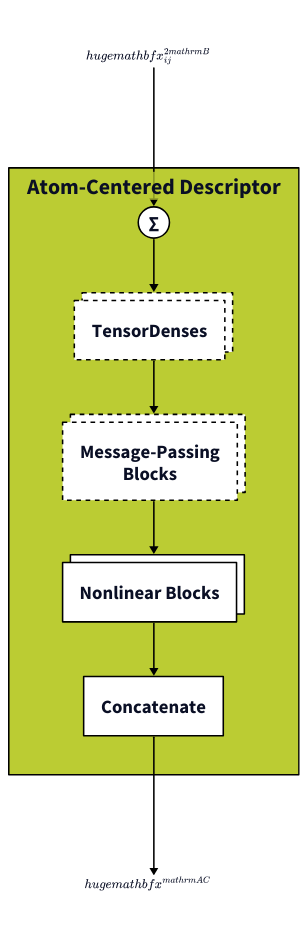
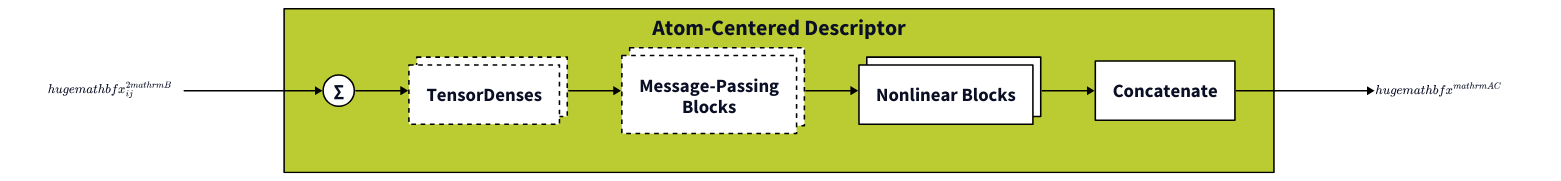
The diagram in architecture_figures/2a_ac.d2 (SamsungDS/gears_h), drawn with D2 before and after one commit. The commit also changed 5 other files, not shown here.

```diff
--- a/architecture_figures/2a_ac.d2
+++ b/architecture_figures/2a_ac.d2
@@ -1,132 +1,132 @@
-# direction: right
+direction: right
  
 vars: {
     d2-config: {
       layout-engine: elk
       pad: 10
     #   elk-nodeNodeBetweenLayers: 10
     #   theme-id: 101
     }
 }
 
 f: {label: ""
     equation: |latex
         \huge{\mathbf{x}^{2\mathrm{B}}_{ij}}
     |
     class: empty
     label.near: outside-bottom-center
 }
 acf: {
     label: ""
     class: empty
     equation: |latex
         \huge{\mathbf{x}^{\mathrm{AC}}}
     |
 }
 
 # test: |latex \huge{\Sigma} |
 
 ac: Atom-Centered Descriptor {
     class: ac
     _.f.equation -> sum_j: {style: {stroke: "#000000"; font-color: black}}
     sum_j: ∑ {class: operator}
     # sum_j: ∑ j {class: operator}
     # sum_j: {label: ""; class: operator; equation: |latex \huge{\Sigma_j} |}
     # sum_j  -> nl_block: {style: {stroke: "#000000"; font-color: black}}
     sum_j -> ntd: {style: {stroke: "#000000"; font-color: black}}
     ntd: TensorDenses {class: in_module; style: {stroke-dash: 3; multiple: true}}
     c: Concatenate  {class: in_module}
     
     ntd -> mp_block: {style: {stroke: "#000000"; font-color: black}}
 
     mp_block:  Message-Passing\nBlocks {
         class: in_module
         style: {stroke-dash: 3; multiple: true}
     }
     
     nl_block: Nonlinear Blocks {
         class: in_module
         style: {multiple: true}
     }
     
     mp_block -> nl_block: {style: {stroke: "#000000"; font-color: black}}
     nl_block -> c: {style: {stroke: "#000000"; font-color: black}}
 }
 
 ac.c -> acf.equation: {style: {stroke: "#000000"; font-color: black}}
 
 classes: {
     operator: {shape: circle
                width: 40
                height: 40
                style: {fill: "#FFFFFF"
                        stroke: "#000000"
                        font-size: 24
                       }
     }
     empty: {
             # label: ""
             width: 50
             height: 50
             style: {
                 fill: transparent
                 stroke: transparent
                 font-size: 24
             }
     }
     sarb: {
         style: {
             fill: "#44BB99"
             stroke: "#000000"
         }
     }
     in_module: {
         style: {
             fill: "#FFFFFF"
             stroke: "#000000"
             font-size: 24
         }
     }
     ac: {
         style: {
             fill: "#BBCC33"
             stroke: "#000000"
             bold: true
             font-size: 28
         }
     }
     bc: {
         style: {
             fill: "#EEDD88"
             stroke: "#000000"
         }
     }
     rd: {
         style: {
             fill: "#EE8866"
             stroke: "#000000"
         }
     }
     ro: {
         style: {
             fill: "#FFAABB"
             stroke: "#000000"
         }
     }
     outs: {
         style: {
             fill: "#DDDDDD"
             stroke: "#000000"
             multiple: true
         }
     }
     input : {
         width: 50
         height: 50
         style: {
             fill: "#99DDFF"
             stroke: "#000000"
             multiple: true
         }
     }
 }
```
